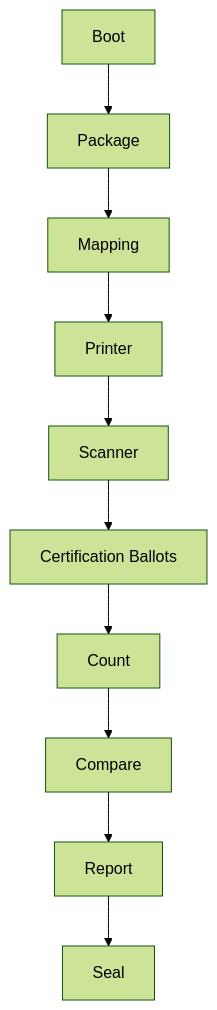
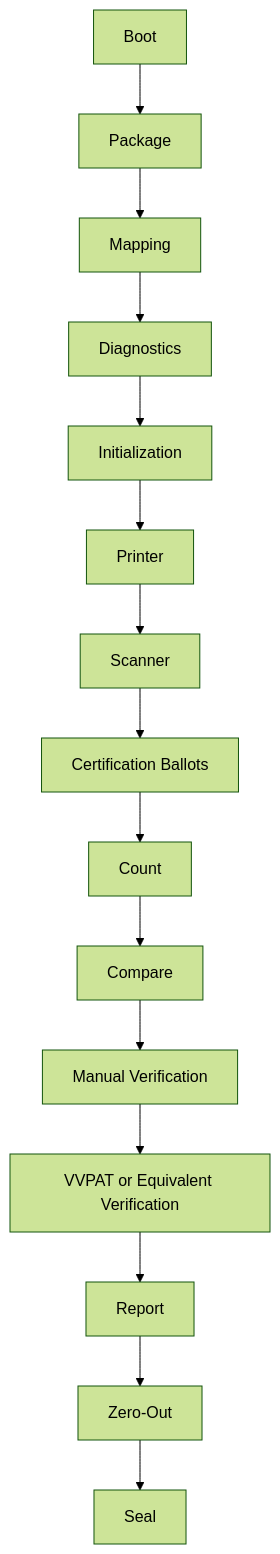
The fifth of 12 diagrams in docs/SYSTEM_ANALYSIS.md (3neti/aes), drawn with Mermaid (forest theme) before and after one commit. The commit also changed other lines of this file and 16 other files, not shown here.

````diff
--- a/docs/SYSTEM_ANALYSIS.md
+++ b/docs/SYSTEM_ANALYSIS.md
@@ -205,41 +227,61 @@
 ```mermaid
 flowchart TD
 
 Boot
 
 Package
 
 Mapping
+
+Diagnostics
+
+Initialization
 
 Printer
 
 Scanner
 
 Golden[Certification Ballots]
 
 Count
 
 Compare
 
+Manual[Manual Verification]
+
+VVPAT[VVPAT or Equivalent Verification]
+
 Report
+
+ZeroOut[Zero-Out]
 
 Seal
 
 Boot --> Package
 
 Package --> Mapping
 
-Mapping --> Printer
+Mapping --> Diagnostics
+
+Diagnostics --> Initialization
+
+Initialization --> Printer
 
 Printer --> Scanner
 
 Scanner --> Golden
 
 Golden --> Count
 
 Count --> Compare
 
-Compare --> Report
+Compare --> Manual
 
-Report --> Seal
+Manual --> VVPAT
+
+VVPAT --> Report
+
+Report --> ZeroOut
+
+ZeroOut --> Seal
 ```
````
